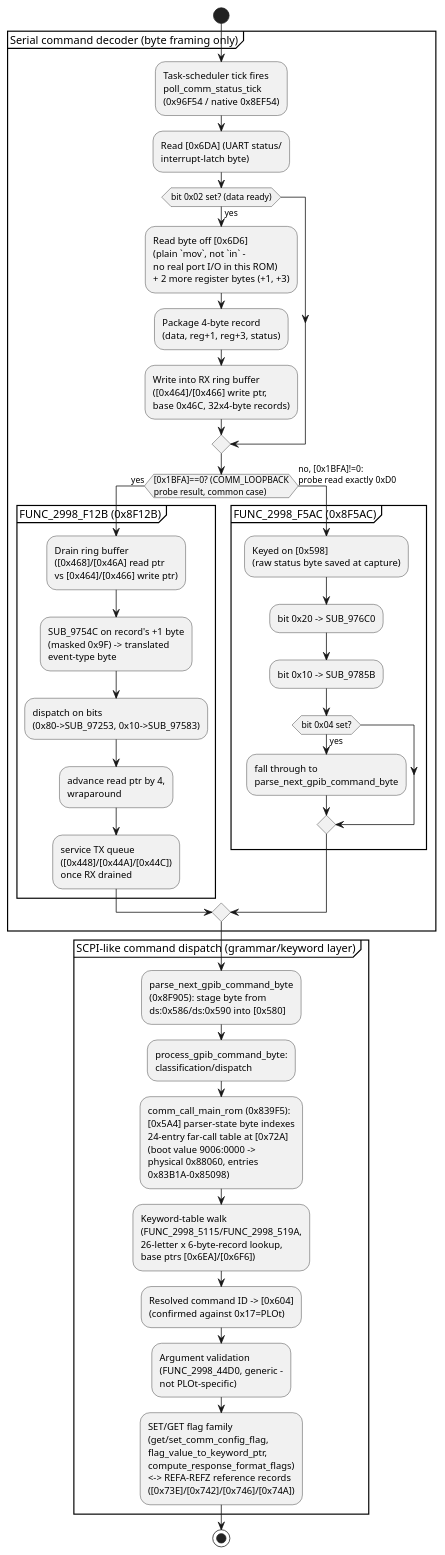
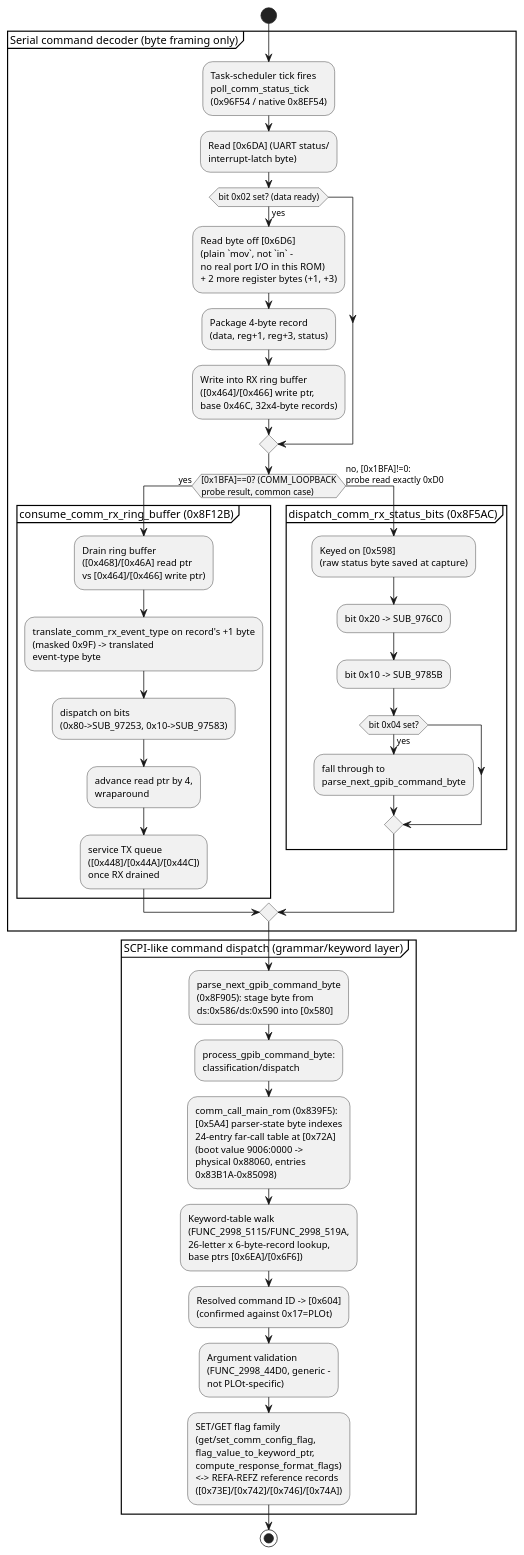
Before and after one commit to Mwwhited-BookLearning/tektronix-2230: the seventh of 8 diagrams in JUMP_MAP.md, drawn with PlantUML. The commit also changed 11 other files, not shown here.

First line of the commit message:
Name consume_comm_rx_ring_buffer/dispatch_comm_rx_status_bits/translate_comm_rx_event_type; finally apply poll_comm_status_tick's rename

````diff
--- a/JUMP_MAP.md
+++ b/JUMP_MAP.md
@@ -356,46 +356,46 @@
 ```plantuml
 @startuml
 start
 
 partition "Serial command decoder (byte framing only)" {
   :Task-scheduler tick fires\npoll_comm_status_tick\n(0x96F54 / native 0x8EF54);
   :Read [0x6DA] (UART status/\ninterrupt-latch byte);
   if (bit 0x02 set? (data ready)) then (yes)
     :Read byte off [0x6D6]\n(plain `mov`, not `in` -\nno real port I/O in this ROM)\n+ 2 more register bytes (+1, +3);
     :Package 4-byte record\n(data, reg+1, reg+3, status);
     :Write into RX ring buffer\n([0x464]/[0x466] write ptr,\nbase 0x46C, 32x4-byte records);
   endif
 
   if ([0x1BFA]==0? (COMM_LOOPBACK\nprobe result, common case)) then (yes)
-    partition "FUNC_2998_F12B (0x8F12B)" {
+    partition "consume_comm_rx_ring_buffer (0x8F12B)" {
       :Drain ring buffer\n([0x468]/[0x46A] read ptr\nvs [0x464]/[0x466] write ptr);
-      :SUB_9754C on record's +1 byte\n(masked 0x9F) -> translated\nevent-type byte;
+      :translate_comm_rx_event_type on record's +1 byte\n(masked 0x9F) -> translated\nevent-type byte;
       :dispatch on bits\n(0x80->SUB_97253, 0x10->SUB_97583);
       :advance read ptr by 4,\nwraparound;
       :service TX queue\n([0x448]/[0x44A]/[0x44C])\nonce RX drained;
     }
   else (no, [0x1BFA]!=0:\nprobe read exactly 0xD0)
-    partition "FUNC_2998_F5AC (0x8F5AC)" {
+    partition "dispatch_comm_rx_status_bits (0x8F5AC)" {
       :Keyed on [0x598]\n(raw status byte saved at capture);
       :bit 0x20 -> SUB_976C0;
       :bit 0x10 -> SUB_9785B;
       if (bit 0x04 set?) then (yes)
         :fall through to\nparse_next_gpib_command_byte;
       endif
     }
   endif
 }
 
 partition "SCPI-like command dispatch (grammar/keyword layer)" {
   :parse_next_gpib_command_byte\n(0x8F905): stage byte from\nds:0x586/ds:0x590 into [0x580];
   :process_gpib_command_byte:\nclassification/dispatch;
   :comm_call_main_rom (0x839F5):\n[0x5A4] parser-state byte indexes\n24-entry far-call table at [0x72A]\n(boot value 9006:0000 ->\nphysical 0x88060, entries\n0x83B1A-0x85098);
   :Keyword-table walk\n(FUNC_2998_5115/FUNC_2998_519A,\n26-letter x 6-byte-record lookup,\nbase ptrs [0x6EA]/[0x6F6]);
   :Resolved command ID -> [0x604]\n(confirmed against 0x17=PLOt);
   :Argument validation\n(FUNC_2998_44D0, generic -\nnot PLOt-specific);
   :SET/GET flag family\n(get/set_comm_config_flag,\nflag_value_to_keyword_ptr,\ncompute_response_format_flags)\n<-> REFA-REFZ reference records\n([0x73E]/[0x742]/[0x746]/[0x74A]);
 }
 
 stop
 @enduml
 ```
````
